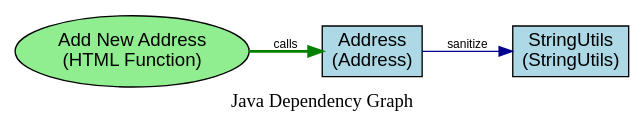
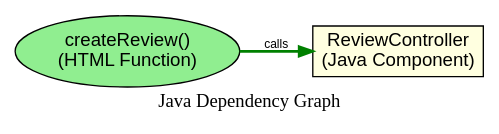
The diagram in dependencies.dot (tudao164/DependGraphForJava2), drawn with Graphviz before and after one commit. The commit also changed 18 other files, not shown here.

```diff
--- a/dependencies.dot
+++ b/dependencies.dot
@@ -1,16 +1,14 @@
 digraph JavaDependencies {
     rankdir=LR;
     node [shape=box, style=filled, fillcolor=lightblue, fontname="Arial"];
     edge [fontname="Arial", fontsize=9, color=darkblue];
     graph [fontname="Arial Bold", fontsize=14, label="Java Dependency Graph"];
 
-    "StringUtils" [label="StringUtils\n(StringUtils)", URL="javascript:showNodeInfo('StringUtils')", fillcolor="lightblue"];
-    "Address" [label="Address\n(Address)", URL="javascript:showNodeInfo('Address')", fillcolor="lightblue"];
 
     // Dependencies with method calls
-    "Address" -> "StringUtils" [label="sanitize", URL="javascript:showEdgeInfo('Address', 'StringUtils')"];
 
     // HTML Function Nodes
-    "HTML_Add_New_Address" [label="Add New Address\n(HTML Function)", URL="javascript:showNodeInfo('HTML_Add_New_Address')", fillcolor="lightgreen", shape="ellipse"];
-    "HTML_Add_New_Address" -> "Address" [label="calls", URL="javascript:showEdgeInfo('HTML_Add_New_Address', 'Address')", color="green", style="bold"];
+    "HTML_createReview" [label="createReview()\n(HTML Function)", URL="javascript:showNodeInfo('HTML_createReview')", fillcolor="lightgreen", shape="ellipse"];
+    "Java_ReviewController" [label="ReviewController\n(Java Component)", URL="javascript:showNodeInfo('Java_ReviewController')", fillcolor="lightyellow"];
+    "HTML_createReview" -> "Java_ReviewController" [label="calls", URL="javascript:showEdgeInfo('HTML_createReview', 'Java_ReviewController')", color="green", style="bold"];
 }
```
